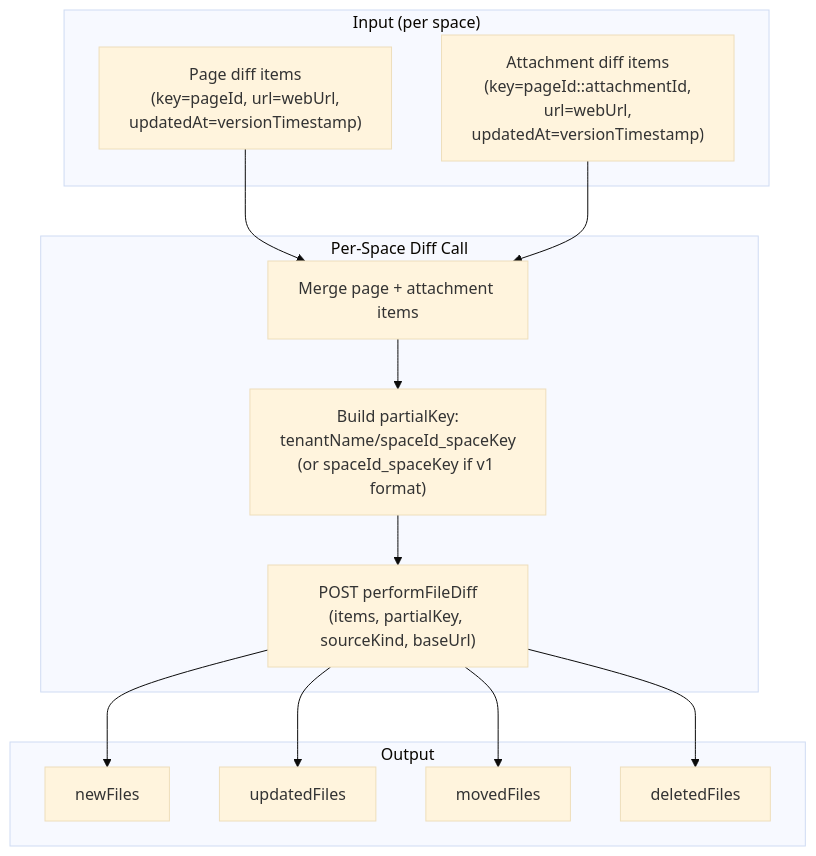
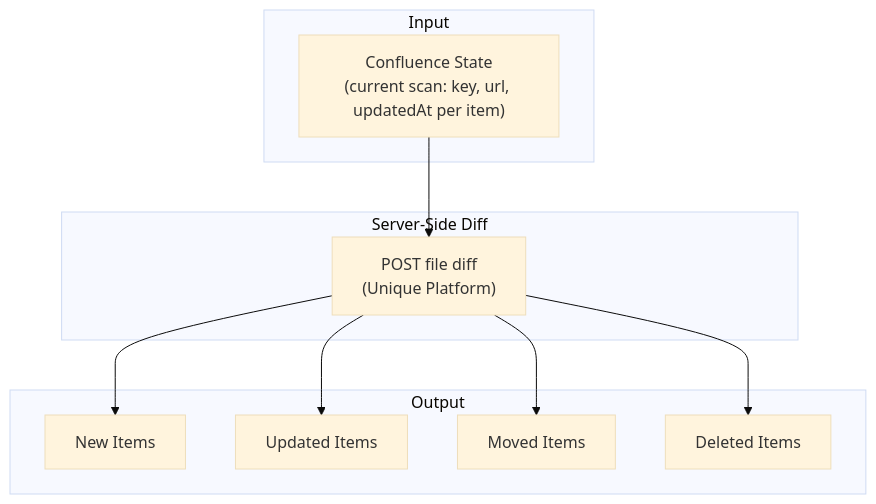
The fourth of 6 diagrams in services/confluence-connector/docs/technical/flows.md (Unique-AG/connectors), drawn with Mermaid (base theme) before and after one commit. The commit also changed other lines of this file, not shown here.

First line of the commit message:
refact: simplify File Diff Mechanism to match SharePoint template

````diff
--- a/services/confluence-connector/docs/technical/flows.md
+++ b/services/confluence-connector/docs/technical/flows.md
@@ -240,29 +240,23 @@
 ```mermaid
 flowchart TB
-    subgraph Input["Input (per space)"]
-        PageItems["Page diff items<br/>(key=pageId, url=webUrl,<br/>updatedAt=versionTimestamp)"]
-        AttachmentItems["Attachment diff items<br/>(key=pageId::attachmentId,<br/>url=webUrl,<br/>updatedAt=versionTimestamp)"]
+    subgraph Input["Input"]
+        ConfluenceState["Confluence State<br/>(current scan: key, url, updatedAt per item)"]
     end
 
-    subgraph DiffCall["Per-Space Diff Call"]
-        Merge["Merge page + attachment items"]
-        BuildKey["Build partialKey:<br/>tenantName/spaceId_spaceKey<br/>(or spaceId_spaceKey if v1 format)"]
-        Call["POST performFileDiff<br/>(items, partialKey, sourceKind, baseUrl)"]
+    subgraph Comparison["Server-Side Diff"]
+        Compare["POST file diff<br/>(Unique Platform)"]
     end
 
     subgraph Output["Output"]
-        New["newFiles"]
-        Updated["updatedFiles"]
-        Moved["movedFiles"]
-        Deleted["deletedFiles"]
+        New["New Items"]
+        Modified["Updated Items"]
+        Moved["Moved Items"]
+        Deleted["Deleted Items"]
     end
 
-    PageItems --> Merge
-    AttachmentItems --> Merge
-    Merge --> BuildKey
-    BuildKey --> Call
-    Call --> New
-    Call --> Updated
-    Call --> Moved
-    Call --> Deleted
+    ConfluenceState --> Compare
+    Compare --> New
+    Compare --> Modified
+    Compare --> Moved
+    Compare --> Deleted
 ```
````
